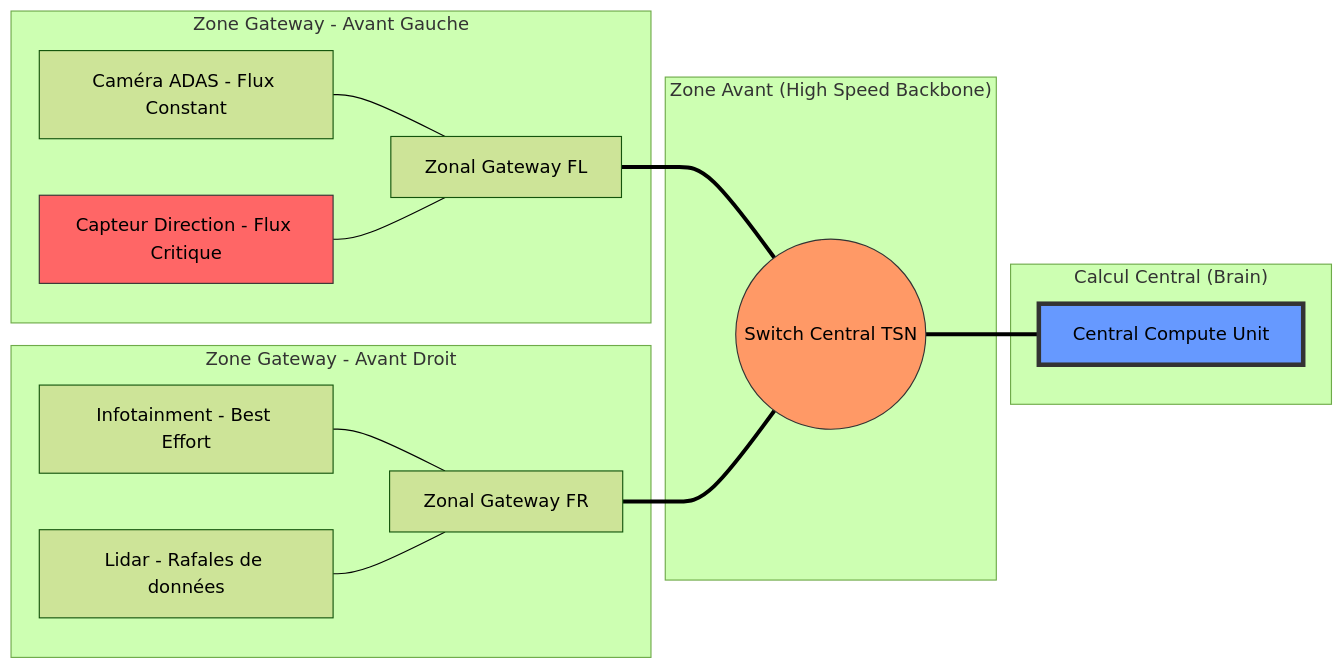
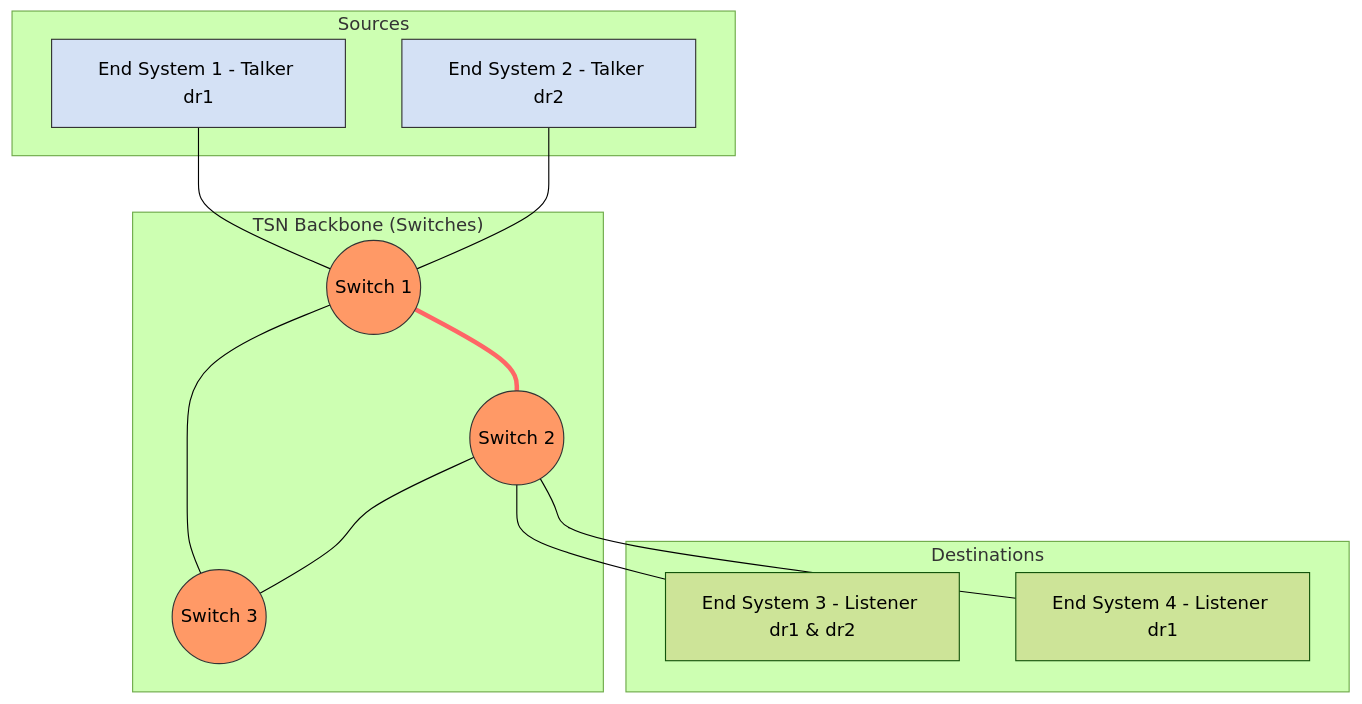
The second of 2 diagrams in docs/04-tsn-test-topology.md (athos0x10/ns3-tsn-ats), drawn with Mermaid (forest theme) before and after one commit. The commit also changed other lines of this file, not shown here.

Commit message:
chore: add topology 2

````diff
--- a/docs/04-tsn-test-topology.md
+++ b/docs/04-tsn-test-topology.md
@@ -38,36 +47,38 @@
 ```mermaid
-graph LR
-    subgraph "Calcul Central (Brain)"
-        CC[Central Compute Unit]
+graph TD
+    subgraph "Sources"
+        ES1[End System 1 - Talker dr1]
+        ES2[End System 2 - Talker dr2]
     end
 
-    subgraph "Zone Avant (High Speed Backbone)"
-        SW_C((Switch Central TSN))
+    subgraph "TSN Backbone (Switches)"
+        SW1((Switch 1))
+        SW2((Switch 2))
+        SW3((Switch 3))
     end
 
-    subgraph "Zone Gateway - Avant Gauche"
-        GW_FL[Zonal Gateway FL]
-        Cam[Caméra ADAS - Flux Constant]
-        Ctrl[Capteur Direction - Flux Critique]
+    subgraph "Destinations"
+        ES3[End System 3 - Listener dr1 & dr2]
+        ES4[End System 4 - Listener dr1]
     end
 
-    subgraph "Zone Gateway - Avant Droit"
-        GW_FR[Zonal Gateway FR]
-        Radio[Infotainment - Best Effort]
-        Lidar[Lidar - Rafales de données]
-    end
+    %% Physical Links
+    ES1 --- SW1
+    ES2 --- SW1
+    
+    SW1 === SW2
+    SW1 --- SW3
+    SW2 --- SW3
 
-    %% Connexions
-    Cam --- GW_FL
-    Ctrl --- GW_FL
-    Radio --- GW_FR
-    Lidar --- GW_FR
+    SW2 --- ES3
+    SW2 --- ES4
+
+    %% Logical Flow Indications
+    linkStyle 2 stroke:#f66,stroke-width:4px,label:Shared_Path
     
-    GW_FL === SW_C
-    GW_FR === SW_C
-    SW_C === CC
-
-    style SW_C fill:#f96,stroke:#333
-    style CC fill:#69f,stroke:#333,stroke-width:4px
-    style Ctrl fill:#f66,stroke:#333
-``` 
+    style SW1 fill:#f96,stroke:#333
+    style SW2 fill:#f96,stroke:#333
+    style SW3 fill:#f96,stroke:#333
+    style ES1 fill:#d4e1f5,stroke:#333
+    style ES2 fill:#d4e1f5,stroke:#333
+```
````
